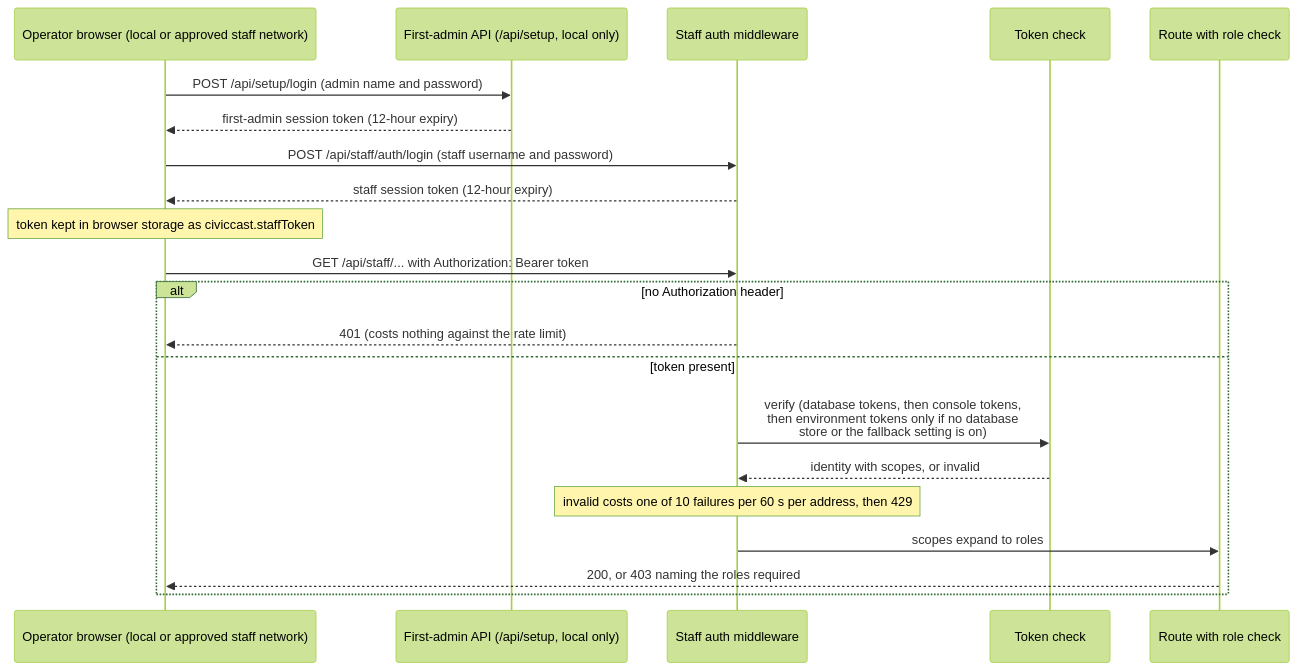
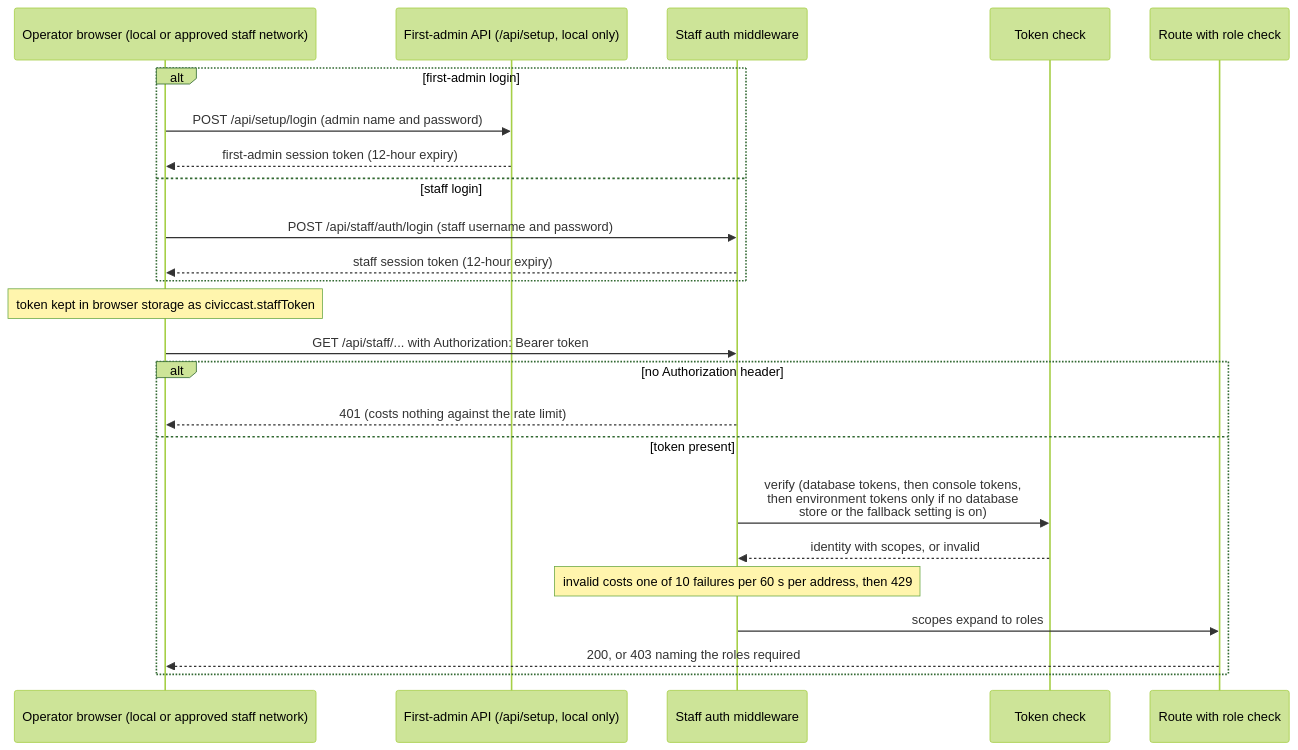
One commit to scottconverse/civiccast-native changed diagram 12 of 16 in docs/manual/src/30-architecture.md. Above: the diagram before and after it, drawn with Mermaid (forest theme). The commit also changed 58 other files, not shown here.

````diff
--- a/docs/manual/src/30-architecture.md
+++ b/docs/manual/src/30-architecture.md
@@ -619,23 +619,26 @@
 ```mermaid
 sequenceDiagram
     participant B as Operator browser (local or approved staff network)
     participant S as First-admin API (/api/setup, local only)
     participant M as Staff auth middleware
     participant T as Token check
     participant R as Route with role check
-    B->>S: POST /api/setup/login (admin name and password)
-    S-->>B: first-admin session token (12-hour expiry)
-    B->>M: POST /api/staff/auth/login (staff username and password)
-    M-->>B: staff session token (12-hour expiry)
+    alt first-admin login
+        B->>S: POST /api/setup/login (admin name and password)
+        S-->>B: first-admin session token (12-hour expiry)
+    else staff login
+        B->>M: POST /api/staff/auth/login (staff username and password)
+        M-->>B: staff session token (12-hour expiry)
+    end
     Note over B: token kept in browser storage as civiccast.staffToken
     B->>M: GET /api/staff/... with Authorization: Bearer token
     alt no Authorization header
         M-->>B: 401 (costs nothing against the rate limit)
     else token present
         M->>T: verify (database tokens, then console tokens,<br/>then environment tokens only if no database<br/>store or the fallback setting is on)
         T-->>M: identity with scopes, or invalid
         Note over M: invalid costs one of 10 failures per 60 s per address, then 429
         M->>R: scopes expand to roles
         R-->>B: 200, or 403 naming the roles required
     end
 ```
````
